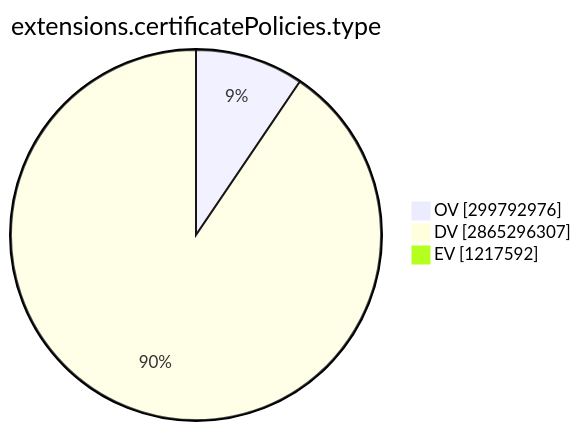
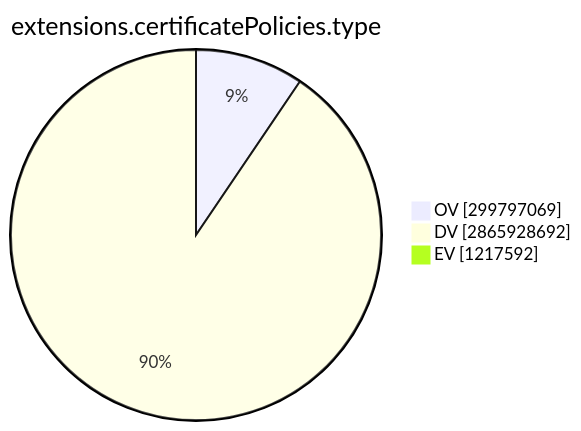
The ninth of 15 diagrams in TOTAL/README.md (christiankrug/ctmonitor_visualization), drawn with Mermaid before and after one commit. The commit also changed other lines of this file, not shown here.

````diff
--- a/TOTAL/README.md
+++ b/TOTAL/README.md
@@ -3101,7 +3101,7 @@
 ```mermaid
 pie showData
 title extensions.certificatePolicies.type
-"OV" :299792976
-"DV" :2865296307
+"OV" :299797069
+"DV" :2865928692
 "EV" :1217592
 ```
````
